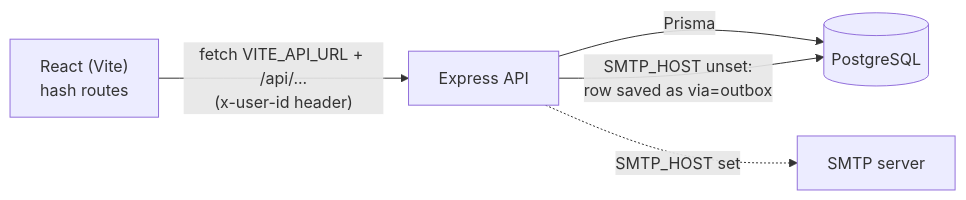
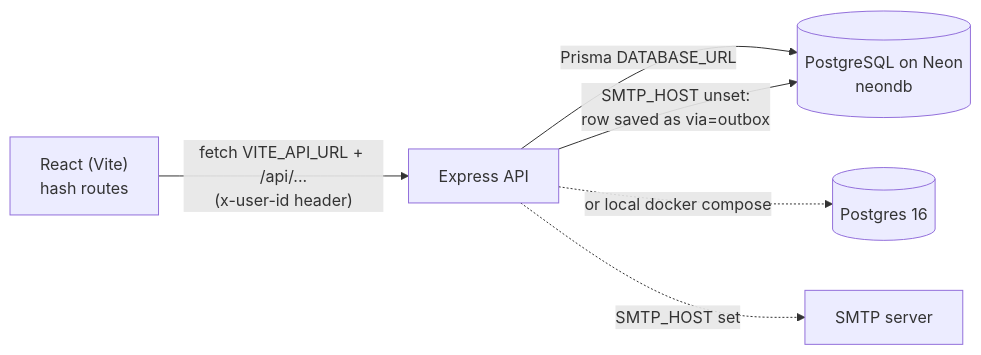
The first of 2 diagrams in DESIGN.md (kalanig23/onedesk), drawn with Mermaid before and after one commit. The commit also changed other lines of this file and 2 other files, not shown here.

````diff
--- a/DESIGN.md
+++ b/DESIGN.md
@@ -5,7 +5,8 @@
 ```mermaid
 flowchart LR
   Browser["React (Vite)\nhash routes"] -- "fetch VITE_API_URL + /api/...\n(x-user-id header)" --> Server["Express API"]
-  Server -- "Prisma" --> DB[("PostgreSQL")]
+  Server -- "Prisma DATABASE_URL" --> Neon[("PostgreSQL on Neon\nneondb")]
+  Server -. "or local docker compose" .-> LocalDB[("Postgres 16")]
   Server -. "SMTP_HOST set" .-> Mail["SMTP server"]
-  Server -- "SMTP_HOST unset:\nrow saved as via=outbox" --> DB
+  Server -- "SMTP_HOST unset:\nrow saved as via=outbox" --> Neon
 ```
````
